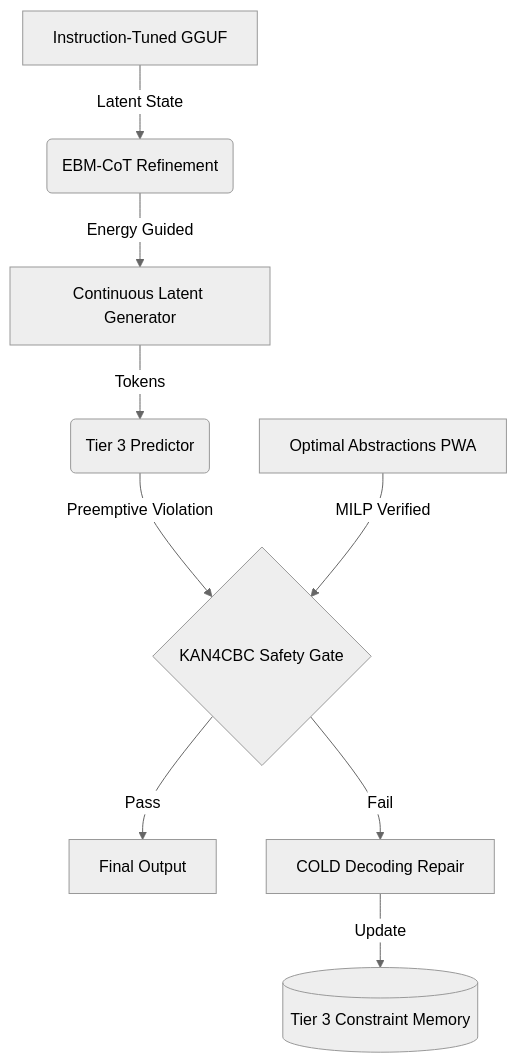
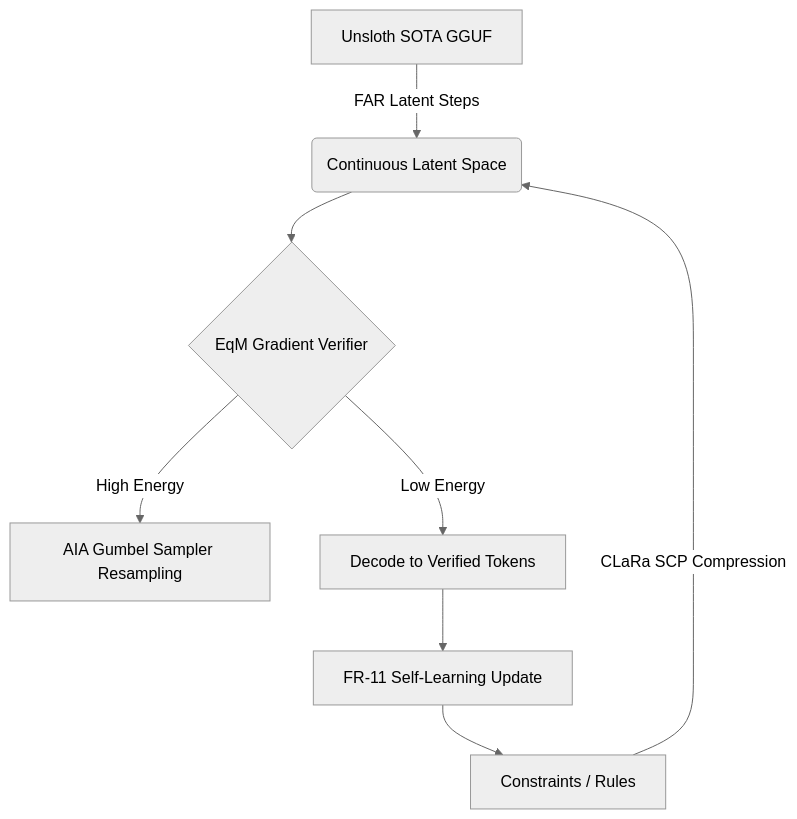
The diagram in openspec/change-proposals/research-roadmap-vNEXT.md (Carnot-EBM/carnot-ebm), drawn with Mermaid (neutral theme) before and after one commit. The commit also changed other lines of this file and 2 other files, not shown here.

````diff
--- a/openspec/change-proposals/research-roadmap-vNEXT.md
+++ b/openspec/change-proposals/research-roadmap-vNEXT.md
@@ -18,11 +29,10 @@
 ```mermaid
-graph TD
-    A[Instruction-Tuned GGUF] -->|Latent State| B(EBM-CoT Refinement)
-    B -->|Energy Guided| C[Continuous Latent Generator]
-    C -->|Tokens| D(Tier 3 Predictor)
-    D -->|Preemptive Violation| E{KAN4CBC Safety Gate}
-    E -->|Pass| F[Final Output]
-    E -->|Fail| G[COLD Decoding Repair]
-    H[Optimal Abstractions PWA] -->|MILP Verified| E
-    G -->|Update| I[(Tier 3 Constraint Memory)]
+graph TD;
+    A[Unsloth SOTA GGUF] -->|FAR Latent Steps| B(Continuous Latent Space);
+    C[Constraints / Rules] -->|CLaRa SCP Compression| B;
+    B --> D{EqM Gradient Verifier};
+    D -->|High Energy| E[AIA Gumbel Sampler Resampling];
+    D -->|Low Energy| F[Decode to Verified Tokens];
+    F --> G[FR-11 Self-Learning Update];
+    G --> C;
 ```
````
